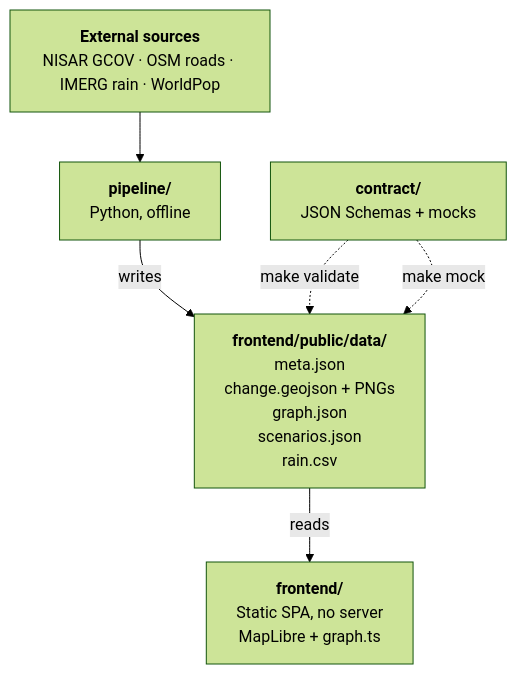
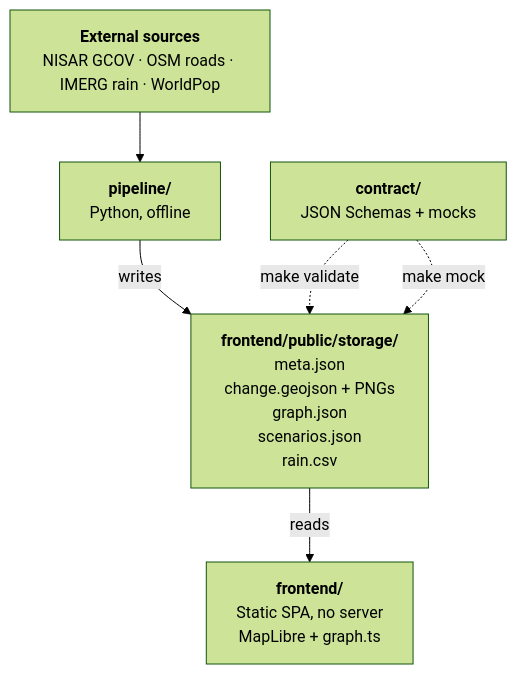
The diagram in context/structure.md (WGuillenDev/vantage), drawn with Mermaid (forest theme) before and after one commit. The commit also changed other lines of this file and 2 other files, not shown here.

First line of the commit message:
chore(repo): move mock data to public/storage

````diff
--- a/context/structure.md
+++ b/context/structure.md
@@ -7,14 +7,14 @@
 ```mermaid
 flowchart TD
     src["<b>External sources</b><br/>NISAR GCOV · OSM roads · IMERG rain · WorldPop"]
     pipe["<b>pipeline/</b><br/>Python, offline"]
-    data["<b>frontend/public/data/</b><br/>meta.json<br/>change.geojson + PNGs<br/>graph.json<br/>scenarios.json<br/>rain.csv"]
+    data["<b>frontend/public/storage/</b><br/>meta.json<br/>change.geojson + PNGs<br/>graph.json<br/>scenarios.json<br/>rain.csv"]
     spa["<b>frontend/</b><br/>Static SPA, no server<br/>MapLibre + graph.ts"]
     contract["<b>contract/</b><br/>JSON Schemas + mocks"]
 
     src --> pipe
     pipe -->|writes| data
     data -->|reads| spa
     contract -. "make validate" .-> data
     contract -. "make mock" .-> data
 ```
````
